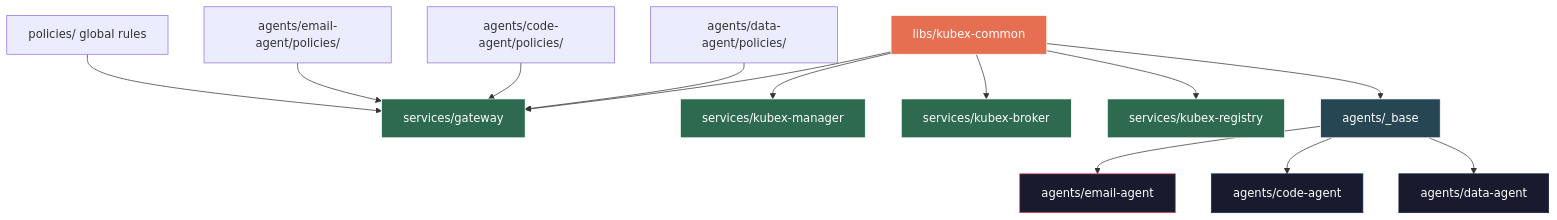
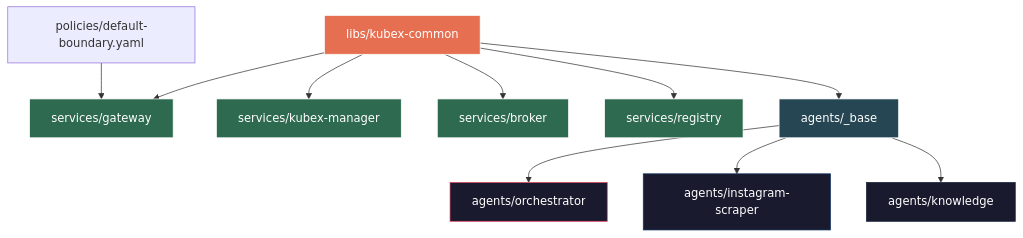
The sixth of 6 diagrams in docs/architecture.md (WallyDoodlez/KubeX), drawn with Mermaid before and after one commit. The commit also changed other lines of this file and 3 other files, not shown here.

````diff
--- a/docs/architecture.md
+++ b/docs/architecture.md
@@ -557,27 +532,24 @@
 ```mermaid
 flowchart TD
     KC[libs/kubex-common] --> GW[services/gateway]
     KC --> KM[services/kubex-manager]
-    KC --> KB[services/kubex-broker]
-    KC --> KR[services/kubex-registry]
+    KC --> KB[services/broker]
+    KC --> KR[services/registry]
     KC --> BASE[agents/_base]
 
-    BASE --> EA[agents/email-agent]
-    BASE --> CA[agents/code-agent]
-    BASE --> DA[agents/data-agent]
+    BASE --> ORCH[agents/orchestrator]
+    BASE --> SCRAPER[agents/instagram-scraper]
+    BASE --> KNOW[agents/knowledge]
 
-    GP[policies/ global rules] --> GW
-    EA_P[agents/email-agent/policies/] --> GW
-    CA_P[agents/code-agent/policies/] --> GW
-    DA_P[agents/data-agent/policies/] --> GW
+    GP[policies/default-boundary.yaml] --> GW
 
     style KC fill:#e76f51,stroke:#fff,color:#fff
     style BASE fill:#264653,stroke:#fff,color:#fff
     style GW fill:#2d6a4f,stroke:#fff,color:#fff
     style KM fill:#2d6a4f,stroke:#fff,color:#fff
     style KB fill:#2d6a4f,stroke:#fff,color:#fff
     style KR fill:#2d6a4f,stroke:#fff,color:#fff
-    style EA fill:#1a1a2e,stroke:#e94560,color:#fff
-    style CA fill:#1a1a2e,stroke:#0f3460,color:#fff
-    style DA fill:#1a1a2e,stroke:#16213e,color:#fff
+    style ORCH fill:#1a1a2e,stroke:#e94560,color:#fff
+    style SCRAPER fill:#1a1a2e,stroke:#0f3460,color:#fff
+    style KNOW fill:#1a1a2e,stroke:#16213e,color:#fff
 ```
````
